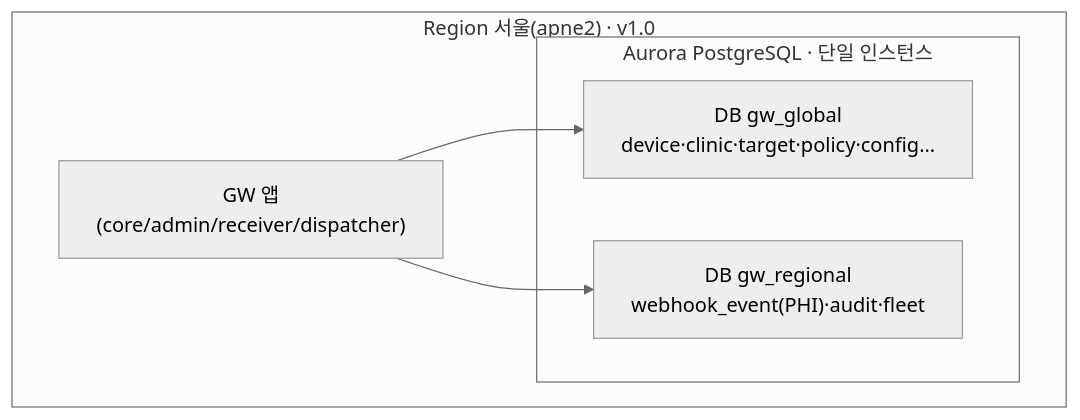
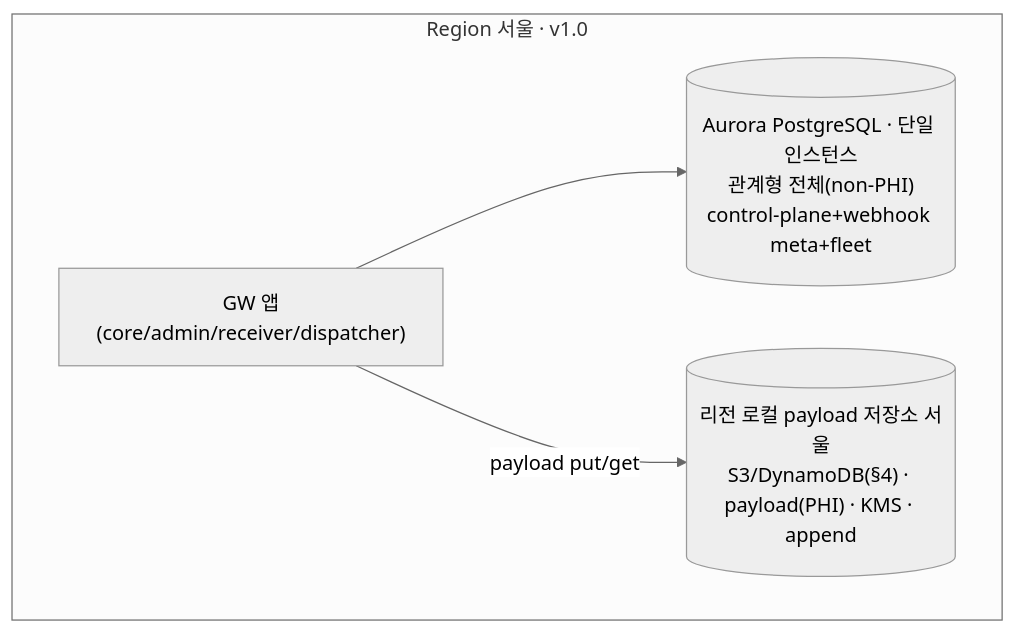
The first of 3 diagrams in docs/VT_API_Gateway/08.VT_API_Gateway/VT-API-Gateway 7-30 GW 저장소 전역일관 vs 리전분리 결정.md (gracegyu/scp-architecture), drawn with Mermaid (neutral theme) before and after one commit. The commit also changed other lines of this file and 1 other file, not shown here.

First line of the commit message:
docs(주간회의): GW 저장소 DB 선택 결정 문서 업데이트

````diff
--- a/docs/VT_API_Gateway/08.VT_API_Gateway/VT-API-Gateway 7-30 GW 저장소 전역일관 vs 리전분리 결정.md
+++ b/docs/VT_API_Gateway/08.VT_API_Gateway/VT-API-Gateway 7-30 GW 저장소 전역일관 vs 리전분리 결정.md
@@ -136,12 +148,10 @@
 ```mermaid
 flowchart TB
-  subgraph S["Region 서울(apne2) · v1.0"]
+  subgraph S["Region 서울 · v1.0"]
     APP["GW 앱(core/admin/receiver/dispatcher)"]
-    subgraph AUR["Aurora PostgreSQL · 단일 인스턴스"]
-      G["DB gw_global<br/>device·clinic·target·policy·config…"]
-      R["DB gw_regional<br/>webhook_event(PHI)·audit·fleet"]
-    end
-    APP --> G
-    APP --> R
+    AUR[("Aurora PostgreSQL · 단일 인스턴스<br/>관계형 전체(non-PHI)<br/>control-plane+webhook meta+fleet")]
+    OBJ[("리전 로컬 payload 저장소 서울<br/>S3/DynamoDB(§4) · payload(PHI) · KMS · append")]
+    APP --> AUR
+    APP -->|payload put/get| OBJ
   end
 ```
````
